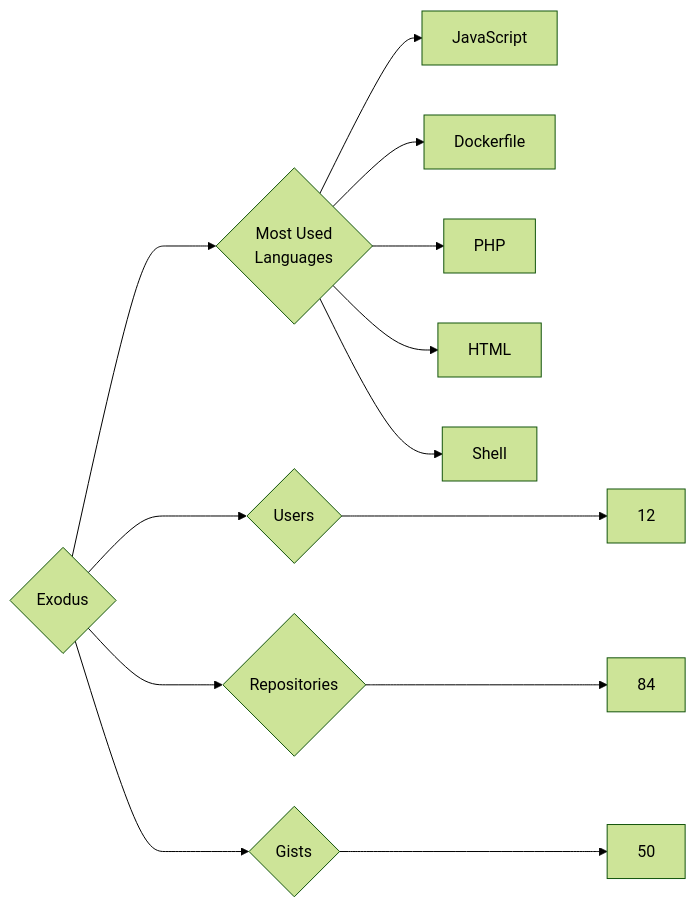
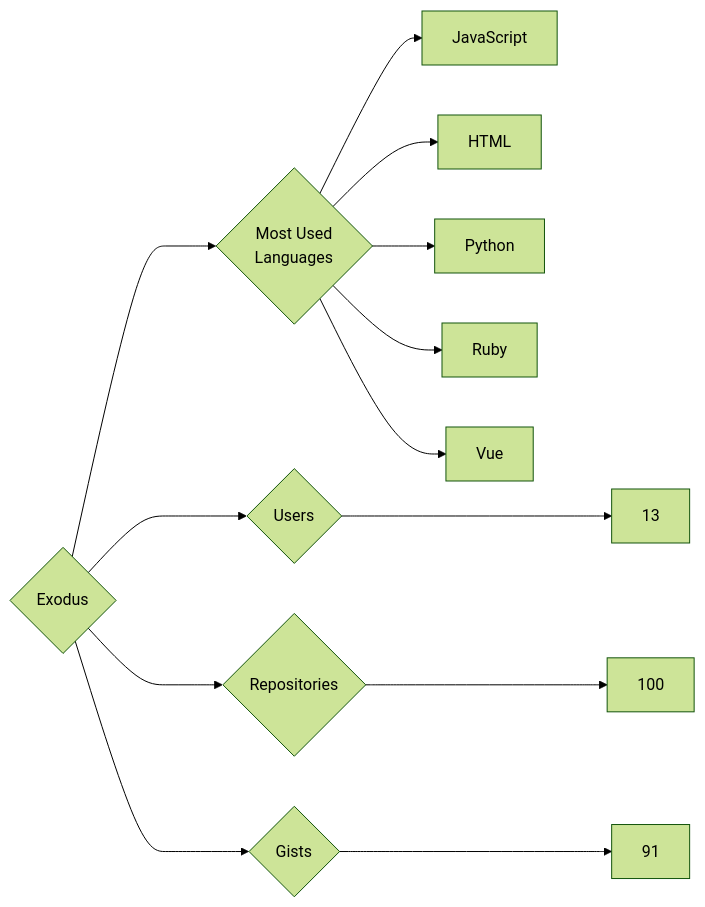
One commit to trickest/insiders changed the diagram in targets/Exodus/README.md. Above: the diagram before and after it, drawn with Mermaid (forest theme). The commit also changed 748 other files, not shown here.

````diff
--- a/targets/Exodus/README.md
+++ b/targets/Exodus/README.md
@@ -3,13 +3,13 @@
 ```mermaid
 graph LR
 COMPANY_NAME{Exodus}
-COMPANY_NAME ---> U{Users} ---> UN[12]
-COMPANY_NAME ---> R{Repositories} ---> RN[84]
-COMPANY_NAME ---> G{Gists} ---> GN[50]
+COMPANY_NAME ---> U{Users} ---> UN[13]
+COMPANY_NAME ---> R{Repositories} ---> RN[100]
+COMPANY_NAME ---> G{Gists} ---> GN[91]
 COMPANY_NAME ---> ML{Most Used<br>Languages}
 ML --> JavaScript[JavaScript]
-ML --> Dockerfile[Dockerfile]
-ML --> PHP[PHP]
 ML --> HTML[HTML]
-ML --> Shell[Shell]
+ML --> Python[Python]
+ML --> Ruby[Ruby]
+ML --> Vue[Vue]
 ```
````
